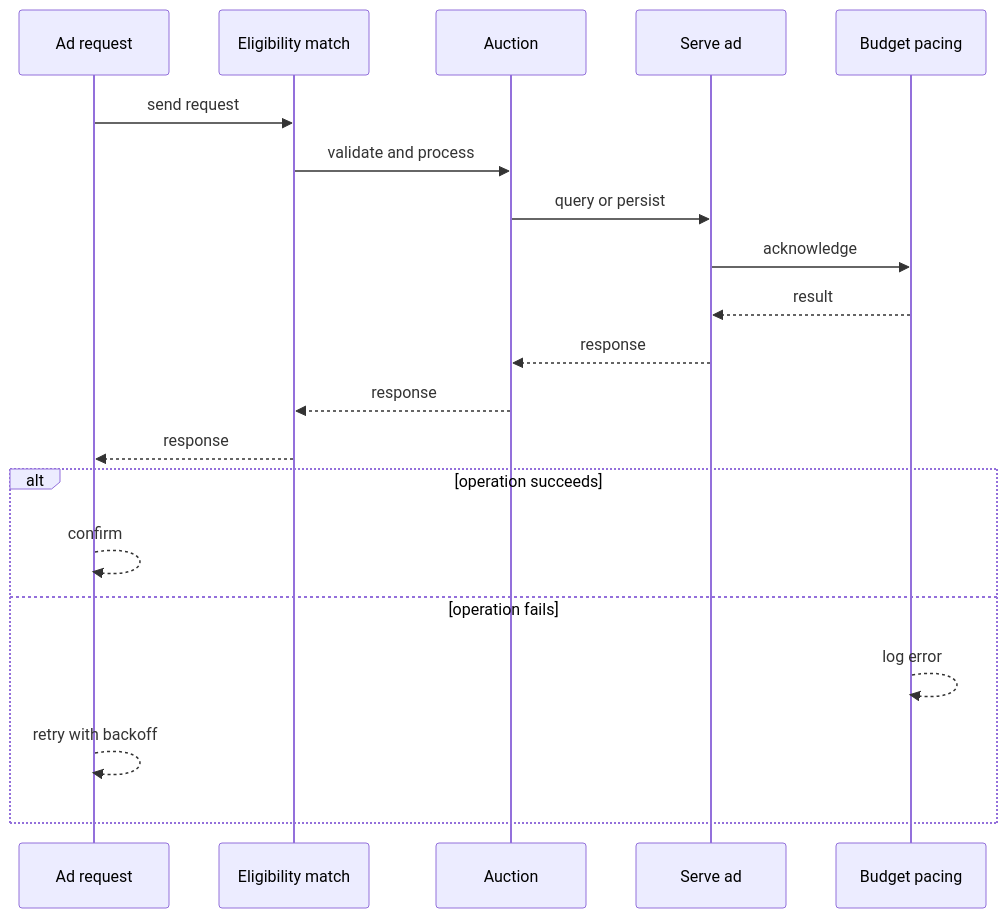
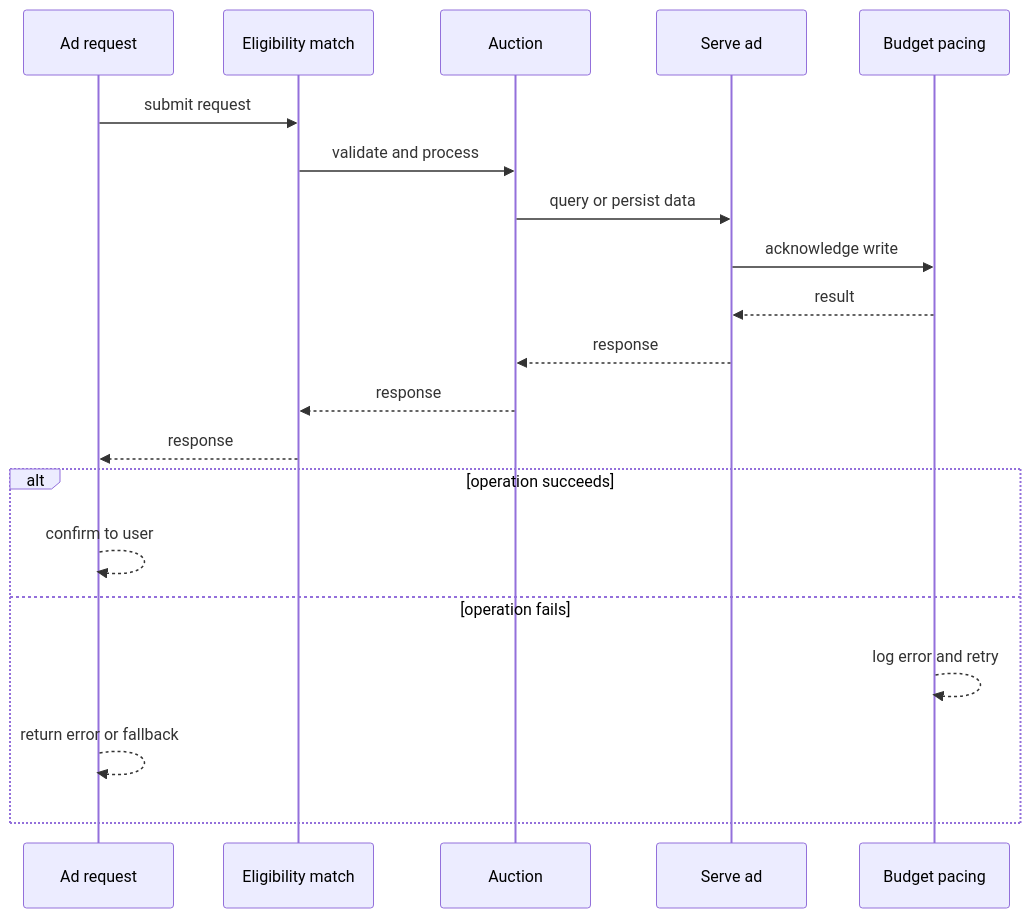
One commit to RIT-MESH/system-design-mastery changed the second of 4 diagrams in case-studies/extreme/advertisement-platform.md. Above: the diagram before and after it, drawn with Mermaid. The commit also changed other lines of this file and 127 other files, not shown here.

First line of the commit message:
Improve all case study diagrams: case-specific sequences, fix truncated labels

````diff
--- a/case-studies/extreme/advertisement-platform.md
+++ b/case-studies/extreme/advertisement-platform.md
@@ -74,23 +74,23 @@
 ```mermaid
 %% created-for: system-design-mastery
 sequenceDiagram
-  participant C0 as Ad request
-  participant C1 as Eligibility match
-  participant C2 as Auction
-  participant C3 as Serve ad
-  participant C4 as Budget pacing
-  C0 ->> C1: send request
-  C1 ->> C2: validate and process
-  C2 ->> C3: query or persist
-  C3 ->> C4: acknowledge
-  C4 -->> C3: result
-  C3 -->> C2: response
-  C2 -->> C1: response
-  C1 -->> C0: response
+  participant P0 as Ad request
+  participant P1 as Eligibility match
+  participant P2 as Auction
+  participant P3 as Serve ad
+  participant P4 as Budget pacing
+  P0 ->> P1: submit request
+  P1 ->> P2: validate and process
+  P2 ->> P3: query or persist data
+  P3 ->> P4: acknowledge write
+  P4 -->> P3: result
+  P3 -->> P2: response
+  P2 -->> P1: response
+  P1 -->> P0: response
   alt operation succeeds
-    C0 -->> C0: confirm
+    P0 -->> P0: confirm to user
   else operation fails
-    C4 -->> C4: log error
-    C0 -->> C0: retry with backoff
+    P4 -->> P4: log error and retry
+    P0 -->> P0: return error or fallback
   end
 ```
````
